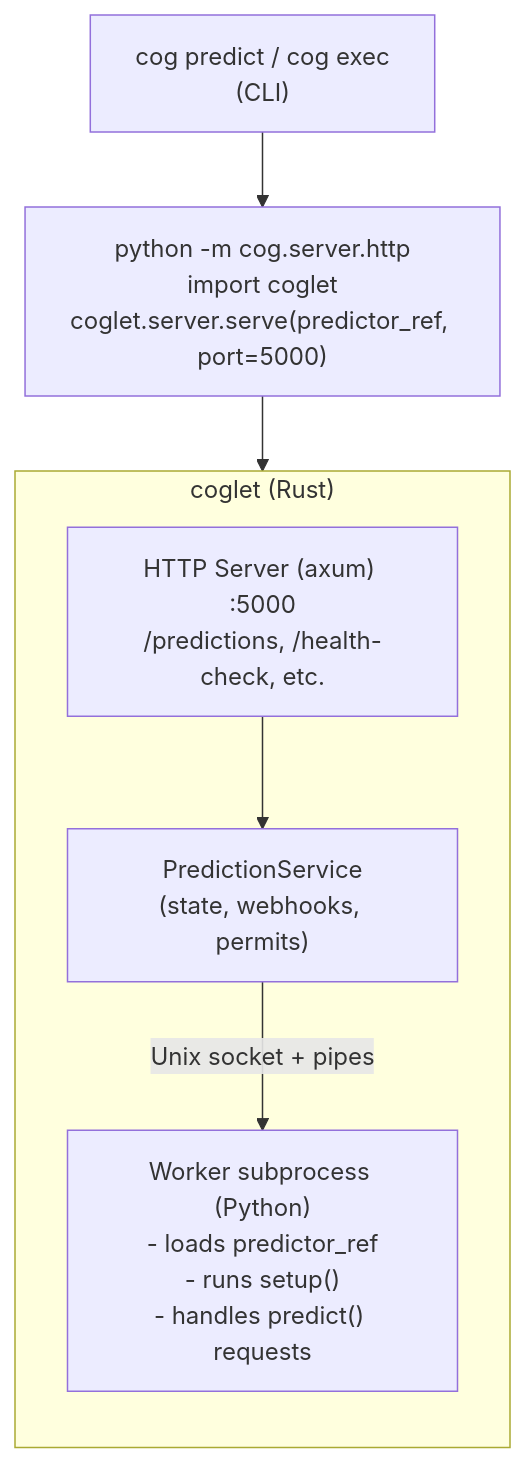
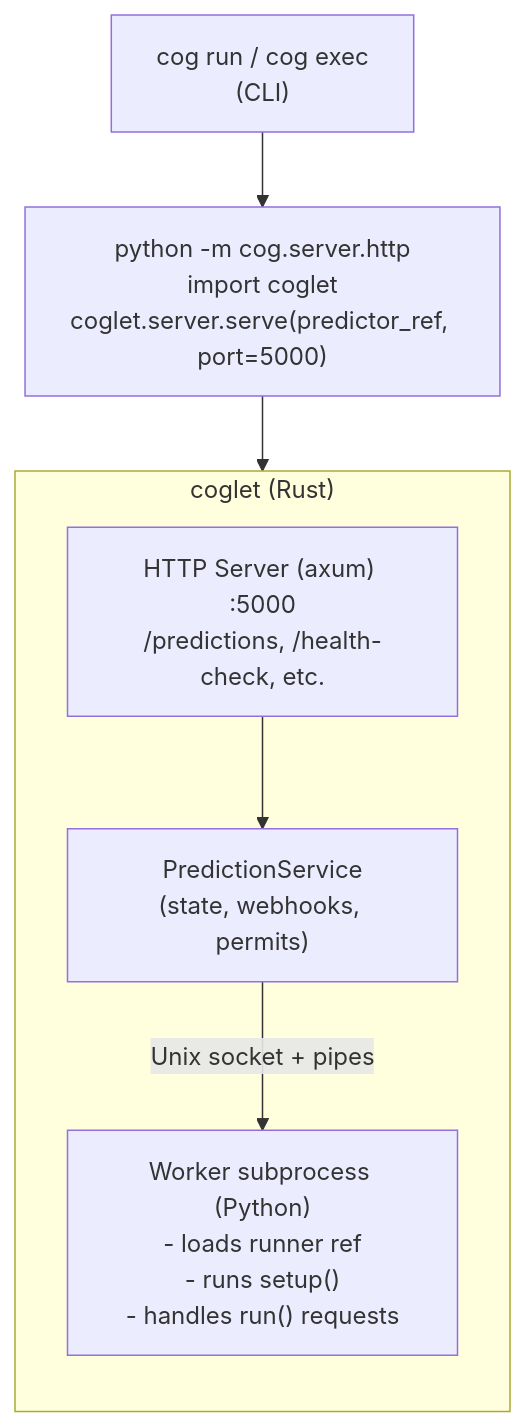
Before and after one commit to replicate/cog: the seventh of 7 diagrams in architecture/04-container-runtime.md, drawn with Mermaid. The commit also changed other lines of this file and 73 other files, not shown here.

First line of the commit message:
feat: Rename predict to run with backward compatibility (#3015)

````diff
--- a/architecture/04-container-runtime.md
+++ b/architecture/04-container-runtime.md
@@ -320,18 +320,18 @@
 ```mermaid
 flowchart TB
-    cli["cog predict / cog exec\n(CLI)"]
+    cli["cog run / cog exec\n(CLI)"]
 
     launcher["python -m cog.server.http\nimport coglet\ncoglet.server.serve(predictor_ref, port=5000)"]
 
     subgraph coglet_box ["coglet (Rust)"]
         direction TB
         axum["HTTP Server (axum) #colon;5000\n/predictions, /health-check, etc."]
         svc["PredictionService\n(state, webhooks, permits)"]
-        worker_sub["Worker subprocess (Python)\n- loads predictor_ref\n- runs setup()\n- handles predict() requests"]
+        worker_sub["Worker subprocess (Python)\n- loads runner ref\n- runs setup()\n- handles run() requests"]
 
         axum --> svc
         svc -- "Unix socket + pipes" --> worker_sub
     end
 
     cli --> launcher --> coglet_box
 ```
````
